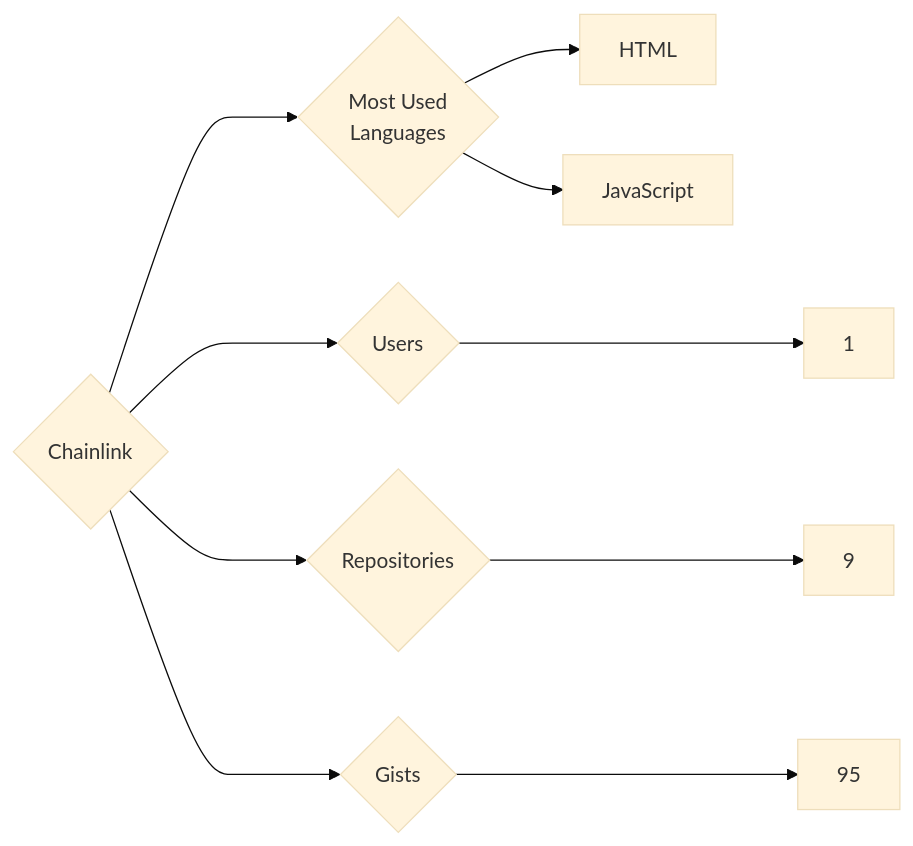
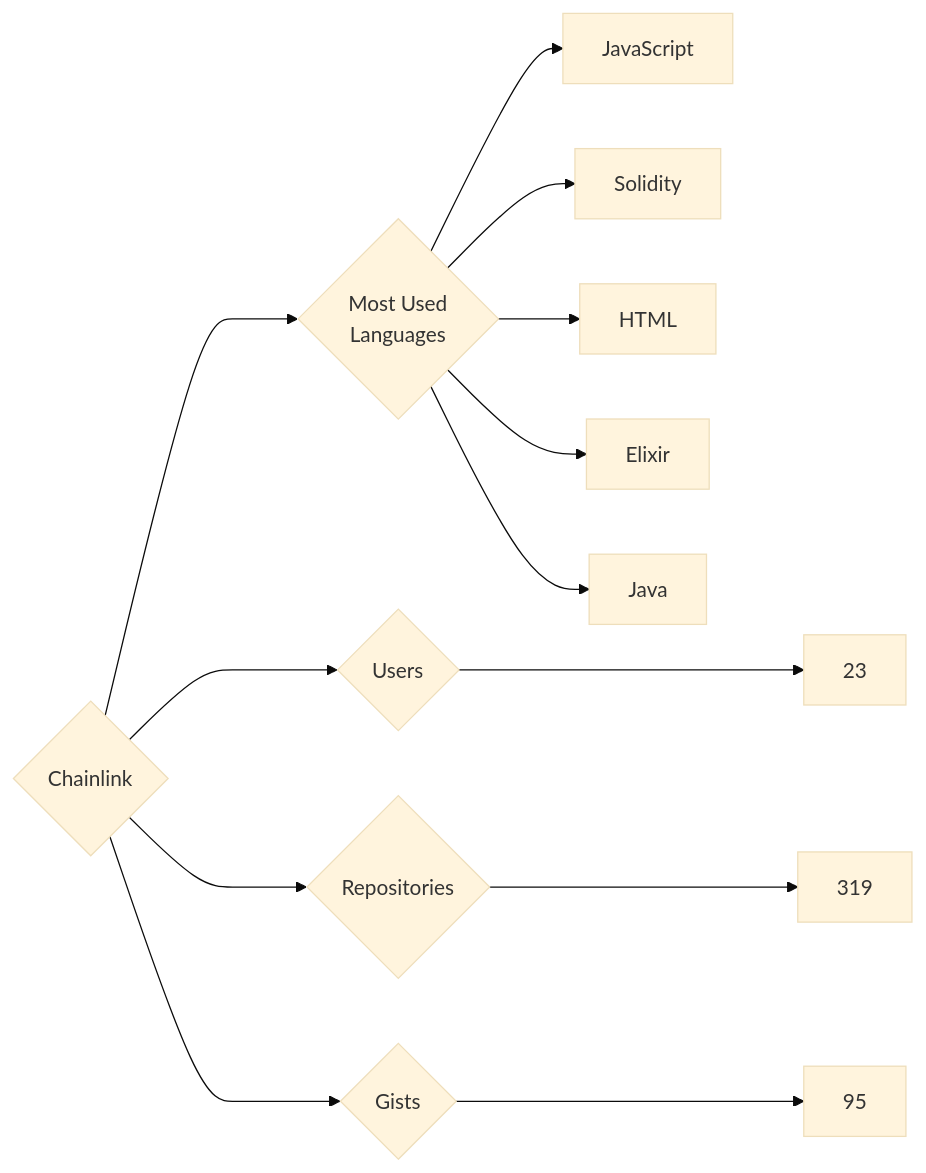
One commit to trickest/insiders changed the diagram in targets/Chainlink/README.md. Above: the diagram before and after it, drawn with Mermaid (base theme). The commit also changed 826 other files, not shown here.

````diff
--- a/targets/Chainlink/README.md
+++ b/targets/Chainlink/README.md
@@ -3,10 +3,13 @@
 ```mermaid
 graph LR
 COMPANY_NAME{Chainlink}
-COMPANY_NAME ---> U{Users} ---> UN[1]
-COMPANY_NAME ---> R{Repositories} ---> RN[9]
+COMPANY_NAME ---> U{Users} ---> UN[23]
+COMPANY_NAME ---> R{Repositories} ---> RN[319]
 COMPANY_NAME ---> G{Gists} ---> GN[95]
 COMPANY_NAME ---> ML{Most Used<br>Languages}
+ML --> JavaScript[JavaScript]
+ML --> Solidity[Solidity]
 ML --> HTML[HTML]
-ML --> JavaScript[JavaScript]
+ML --> Elixir[Elixir]
+ML --> Java[Java]
 ```
````
